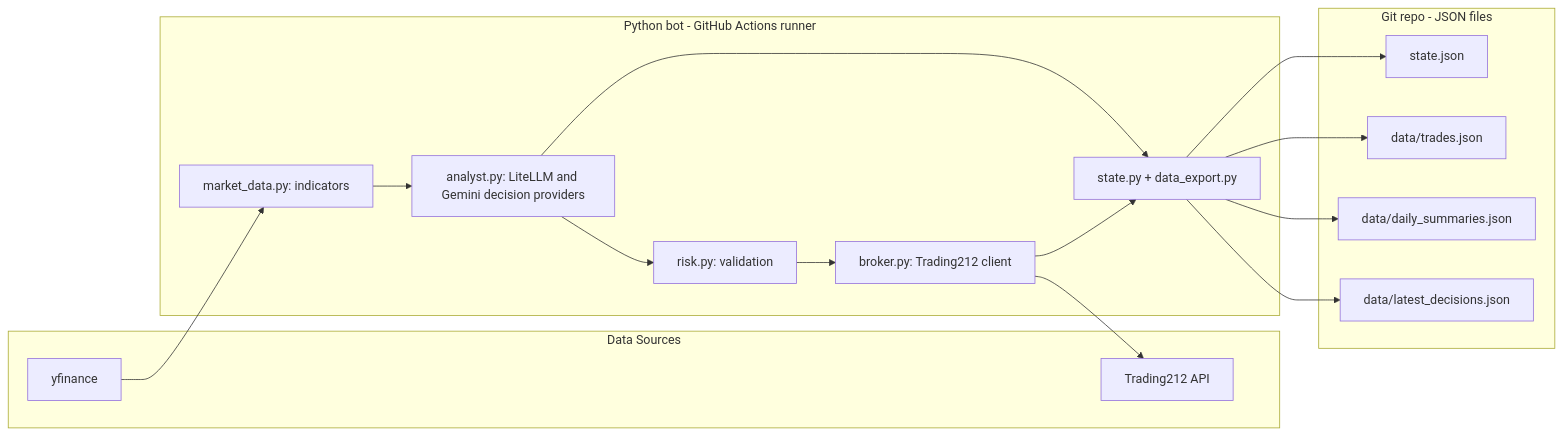
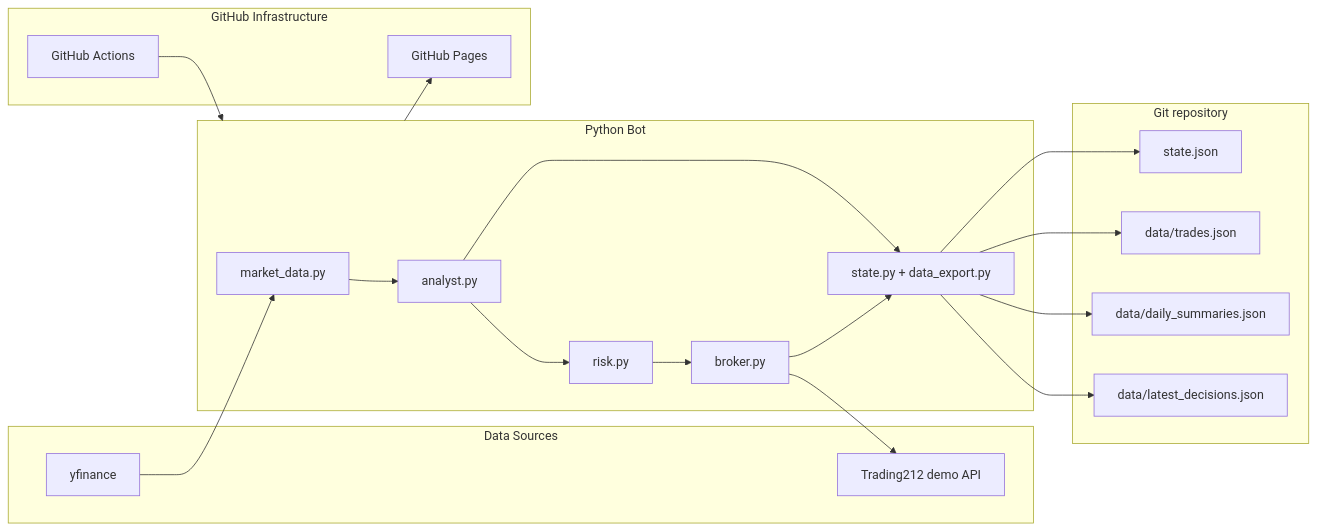
The diagram in README.md (selvanponraj/T212-Trading-Bot), drawn with Mermaid before and after one commit. The commit also changed other lines of this file and 38 other files, not shown here.

````diff
--- a/README.md
+++ b/README.md
@@ -26,31 +24,38 @@
 ```mermaid
 flowchart LR
     subgraph data_sources [Data Sources]
         YF[yfinance]
-        T212API[Trading212 API]
+        T212[Trading212 demo API]
     end
 
-    subgraph bot [Python bot - GitHub Actions runner]
-        MD[market_data.py: indicators]
-        AI[analyst.py: LiteLLM and Gemini decision providers]
-        RM[risk.py: validation]
-        EX[broker.py: Trading212 client]
+    subgraph bot [Python Bot]
+        MD[market_data.py]
+        AI[analyst.py]
+        RM[risk.py]
+        EX[broker.py]
         ST[state.py + data_export.py]
     end
 
-    subgraph storage [Git repo - JSON files]
+    subgraph infra [GitHub Infrastructure]
+        GA[GitHub Actions]
+        GP[GitHub Pages]
+    end
+
+    subgraph storage [Git repository]
         SJ[state.json]
         TJ[data/trades.json]
         DJ[data/daily_summaries.json]
         LJ[data/latest_decisions.json]
     end
 
     YF --> MD --> AI --> RM --> EX
-    EX --> T212API
+    EX --> T212
     EX --> ST
     AI --> ST
     ST --> SJ
     ST --> TJ
     ST --> DJ
     ST --> LJ
+    GA --> bot
+    bot --> GP
 ```
````
